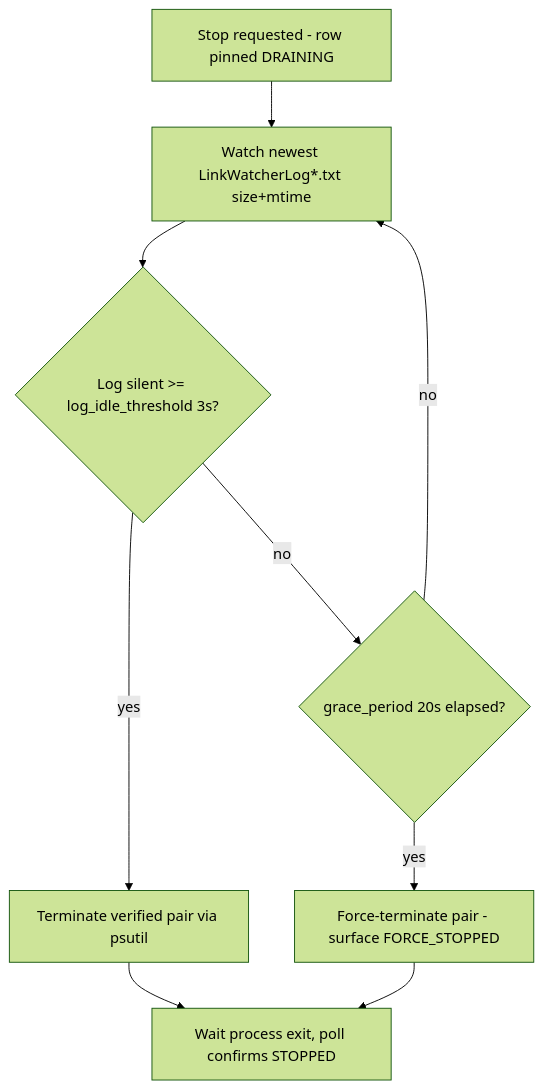
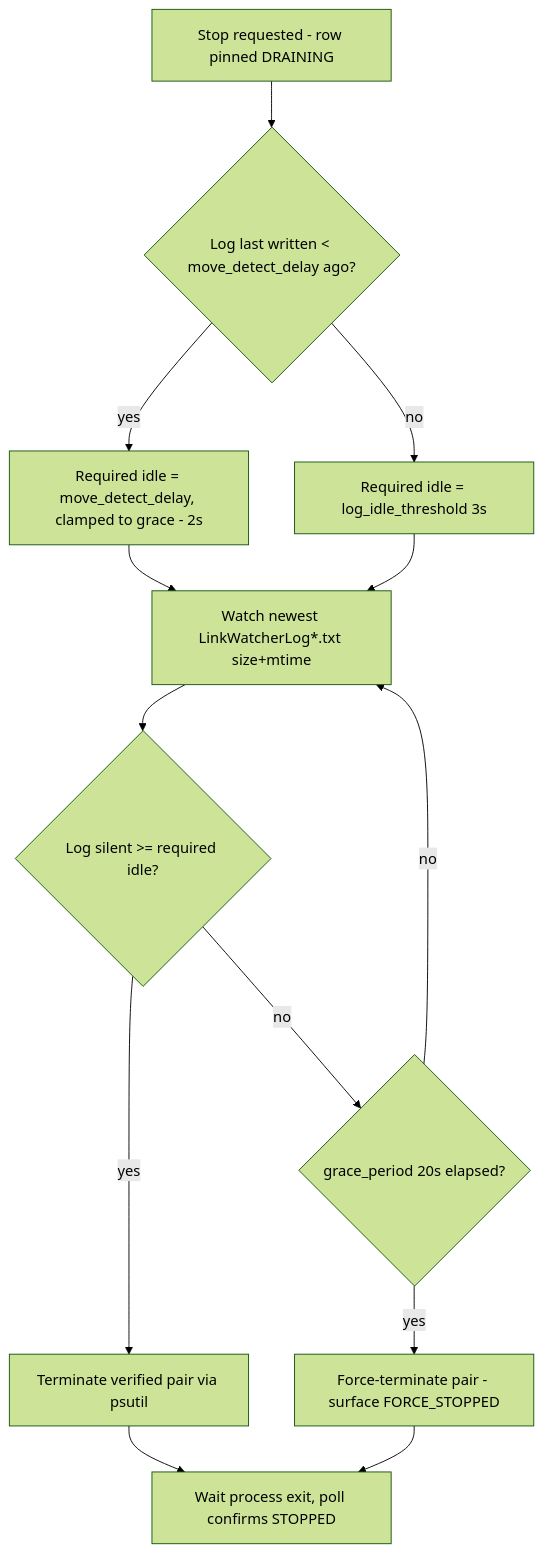
One commit to Abtomation/LinkWatcher changed the third of 3 diagrams in doc/technical/architecture/design-docs/tdd/tdd-7-1-1-linkwatcher-control-panel-t2.md. Above: the diagram before and after it, drawn with Mermaid (forest theme). The commit also changed other lines of this file and 410 other files, not shown here.

````diff
--- a/doc/technical/architecture/design-docs/tdd/tdd-7-1-1-linkwatcher-control-panel-t2.md
+++ b/doc/technical/architecture/design-docs/tdd/tdd-7-1-1-linkwatcher-control-panel-t2.md
@@ -222,11 +224,15 @@
 ```mermaid
 flowchart TD
-    Stop[Stop requested - row pinned DRAINING] --> Watch[Watch newest LinkWatcherLog*.txt size+mtime]
-    Watch --> Idle{Log silent >= log_idle_threshold 3s?}
+    Stop[Stop requested - row pinned DRAINING] --> Age{Log last written < move_detect_delay ago?}
+    Age -->|yes| Wide[Required idle = move_detect_delay, clamped to grace - 2s]
+    Age -->|no| Short[Required idle = log_idle_threshold 3s]
+    Wide --> Watch[Watch newest LinkWatcherLog*.txt size+mtime]
+    Short --> Watch
+    Watch --> Idle{Log silent >= required idle?}
     Idle -->|yes| Term[Terminate verified pair via psutil]
     Idle -->|no| Grace{grace_period 20s elapsed?}
     Grace -->|no| Watch
     Grace -->|yes| Force[Force-terminate pair - surface FORCE_STOPPED]
     Term --> Confirm[Wait process exit, poll confirms STOPPED]
     Force --> Confirm
 ```
````
